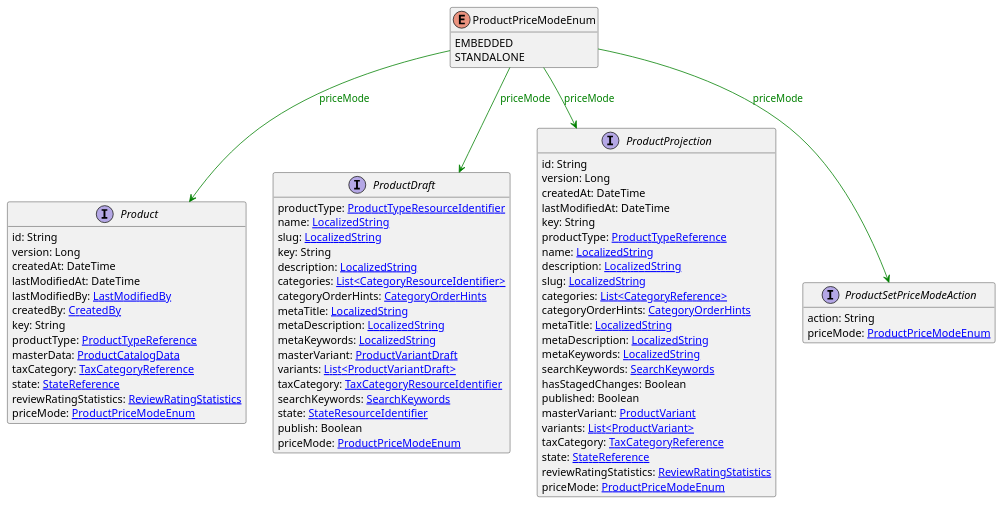
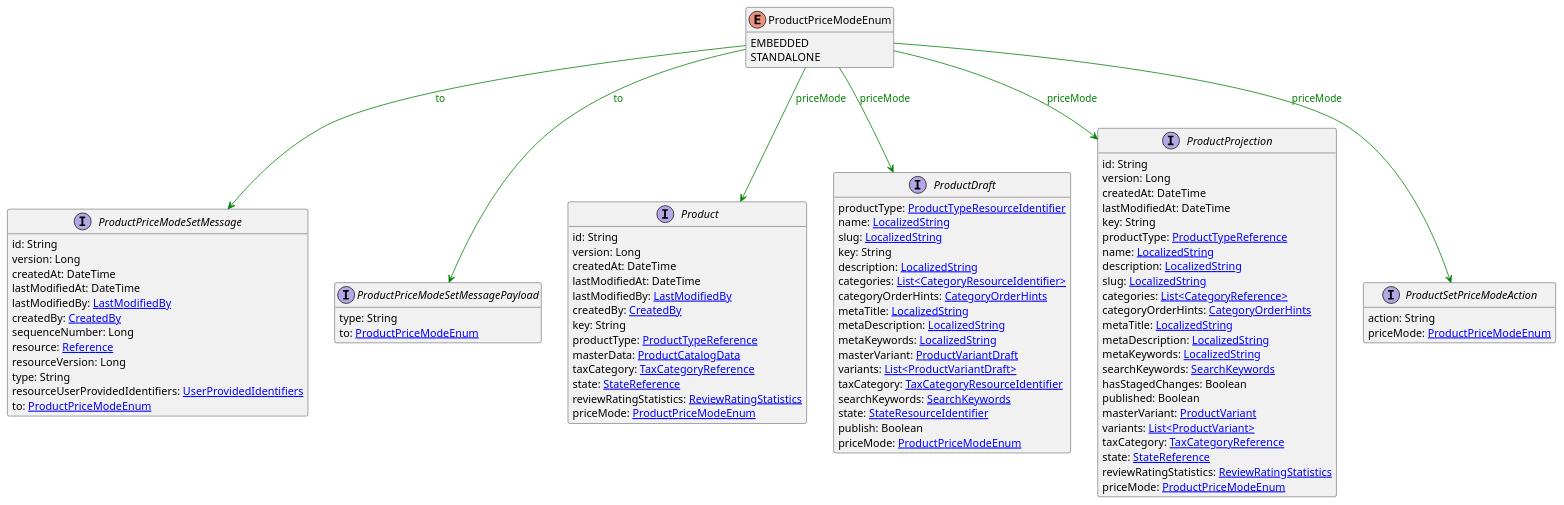
The diagram in uml/api/ProductPriceModeEnum.puml (commercetools/commercetools-api-reference), drawn with PlantUML before and after one commit. The commit also changed 30 other files, not shown here.

```diff
--- a/uml/api/ProductPriceModeEnum.puml
+++ b/uml/api/ProductPriceModeEnum.puml
@@ -1,75 +1,95 @@
 @startuml
 
 hide methods
 enum ProductPriceModeEnum {
     EMBEDDED
     STANDALONE
+}
+interface ProductPriceModeSetMessage [[ProductPriceModeSetMessage.svg]]  {
+    id: String
+    version: Long
+    createdAt: DateTime
+    lastModifiedAt: DateTime
+    lastModifiedBy: [[LastModifiedBy.svg LastModifiedBy]]
+    createdBy: [[CreatedBy.svg CreatedBy]]
+    sequenceNumber: Long
+    resource: [[Reference.svg Reference]]
+    resourceVersion: Long
+    type: String
+    resourceUserProvidedIdentifiers: [[UserProvidedIdentifiers.svg UserProvidedIdentifiers]]
+    to: [[ProductPriceModeEnum.svg ProductPriceModeEnum]]
+}
+interface ProductPriceModeSetMessagePayload [[ProductPriceModeSetMessagePayload.svg]]  {
+    type: String
+    to: [[ProductPriceModeEnum.svg ProductPriceModeEnum]]
 }
 interface Product [[Product.svg]]  {
     id: String
     version: Long
     createdAt: DateTime
     lastModifiedAt: DateTime
     lastModifiedBy: [[LastModifiedBy.svg LastModifiedBy]]
     createdBy: [[CreatedBy.svg CreatedBy]]
     key: String
     productType: [[ProductTypeReference.svg ProductTypeReference]]
     masterData: [[ProductCatalogData.svg ProductCatalogData]]
     taxCategory: [[TaxCategoryReference.svg TaxCategoryReference]]
     state: [[StateReference.svg StateReference]]
     reviewRatingStatistics: [[ReviewRatingStatistics.svg ReviewRatingStatistics]]
     priceMode: [[ProductPriceModeEnum.svg ProductPriceModeEnum]]
 }
 interface ProductDraft [[ProductDraft.svg]]  {
     productType: [[ProductTypeResourceIdentifier.svg ProductTypeResourceIdentifier]]
     name: [[LocalizedString.svg LocalizedString]]
     slug: [[LocalizedString.svg LocalizedString]]
     key: String
     description: [[LocalizedString.svg LocalizedString]]
     categories: [[CategoryResourceIdentifier.svg List<CategoryResourceIdentifier>]]
     categoryOrderHints: [[CategoryOrderHints.svg CategoryOrderHints]]
     metaTitle: [[LocalizedString.svg LocalizedString]]
     metaDescription: [[LocalizedString.svg LocalizedString]]
     metaKeywords: [[LocalizedString.svg LocalizedString]]
     masterVariant: [[ProductVariantDraft.svg ProductVariantDraft]]
     variants: [[ProductVariantDraft.svg List<ProductVariantDraft>]]
     taxCategory: [[TaxCategoryResourceIdentifier.svg TaxCategoryResourceIdentifier]]
     searchKeywords: [[SearchKeywords.svg SearchKeywords]]
     state: [[StateResourceIdentifier.svg StateResourceIdentifier]]
     publish: Boolean
     priceMode: [[ProductPriceModeEnum.svg ProductPriceModeEnum]]
 }
 interface ProductProjection [[ProductProjection.svg]]  {
     id: String
     version: Long
     createdAt: DateTime
     lastModifiedAt: DateTime
     key: String
     productType: [[ProductTypeReference.svg ProductTypeReference]]
     name: [[LocalizedString.svg LocalizedString]]
     description: [[LocalizedString.svg LocalizedString]]
     slug: [[LocalizedString.svg LocalizedString]]
     categories: [[CategoryReference.svg List<CategoryReference>]]
     categoryOrderHints: [[CategoryOrderHints.svg CategoryOrderHints]]
     metaTitle: [[LocalizedString.svg LocalizedString]]
     metaDescription: [[LocalizedString.svg LocalizedString]]
     metaKeywords: [[LocalizedString.svg LocalizedString]]
     searchKeywords: [[SearchKeywords.svg SearchKeywords]]
     hasStagedChanges: Boolean
     published: Boolean
     masterVariant: [[ProductVariant.svg ProductVariant]]
     variants: [[ProductVariant.svg List<ProductVariant>]]
     taxCategory: [[TaxCategoryReference.svg TaxCategoryReference]]
     state: [[StateReference.svg StateReference]]
     reviewRatingStatistics: [[ReviewRatingStatistics.svg ReviewRatingStatistics]]
     priceMode: [[ProductPriceModeEnum.svg ProductPriceModeEnum]]
 }
 interface ProductSetPriceModeAction [[ProductSetPriceModeAction.svg]]  {
     action: String
     priceMode: [[ProductPriceModeEnum.svg ProductPriceModeEnum]]
 }
+ProductPriceModeEnum --> ProductPriceModeSetMessage #green;text:green : "to"
+ProductPriceModeEnum --> ProductPriceModeSetMessagePayload #green;text:green : "to"
 ProductPriceModeEnum --> Product #green;text:green : "priceMode"
 ProductPriceModeEnum --> ProductDraft #green;text:green : "priceMode"
 ProductPriceModeEnum --> ProductProjection #green;text:green : "priceMode"
 ProductPriceModeEnum --> ProductSetPriceModeAction #green;text:green : "priceMode"
 @enduml
```
